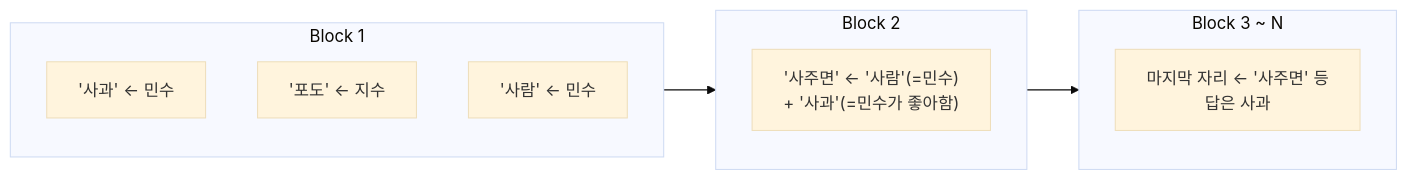
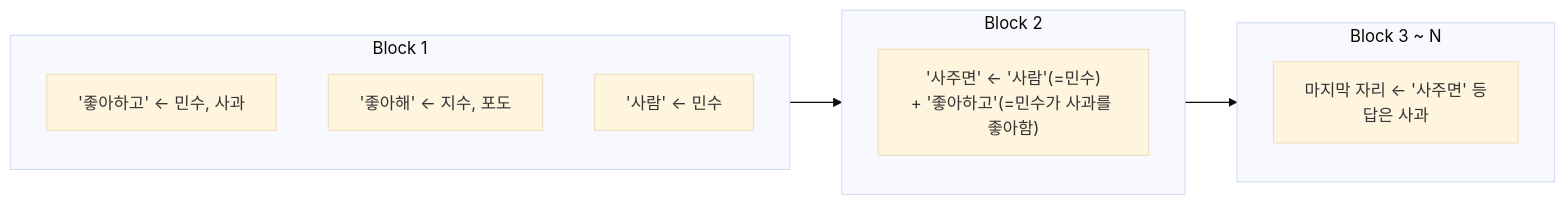
The seventh of 10 diagrams in docs/llm-transformer-wiki.md (WontelliJ/build-nanogpt), drawn with Mermaid (base theme) before and after one commit. The commit also changed other lines of this file and 2 other files, not shown here.

````diff
--- a/docs/llm-transformer-wiki.md
+++ b/docs/llm-transformer-wiki.md
@@ -478,15 +502,15 @@
 ```mermaid
 flowchart LR
     subgraph B1["Block 1"]
-        a1["'사과' ← 민수"]
-        a2["'포도' ← 지수"]
+        a1["'좋아하고' ← 민수, 사과"]
+        a2["'좋아해' ← 지수, 포도"]
         a3["'사람' ← 민수"]
     end
     subgraph B2["Block 2"]
-        b1["'사주면' ← '사람'(=민수)<br/>+ '사과'(=민수가 좋아함)"]
+        b1["'사주면' ← '사람'(=민수)<br/>+ '좋아하고'(=민수가 사과를 좋아함)"]
     end
     subgraph B3["Block 3 ~ N"]
         c1["마지막 자리 ← '사주면' 등<br/>답은 사과"]
     end
     B1 --> B2 --> B3
 ```
````
